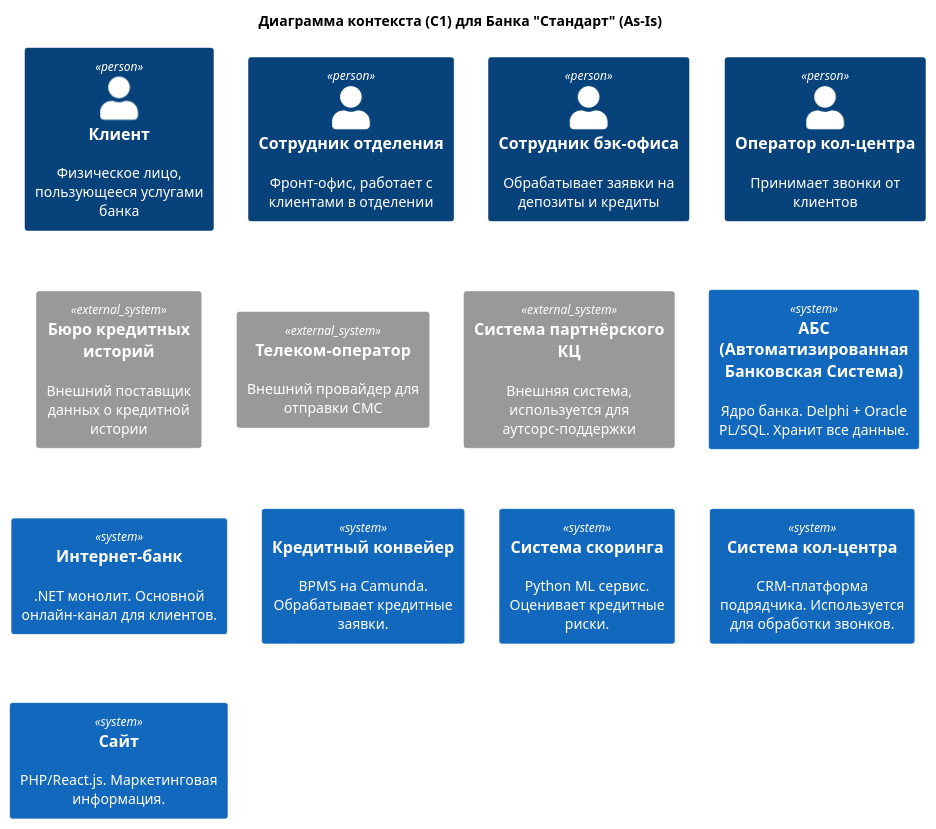
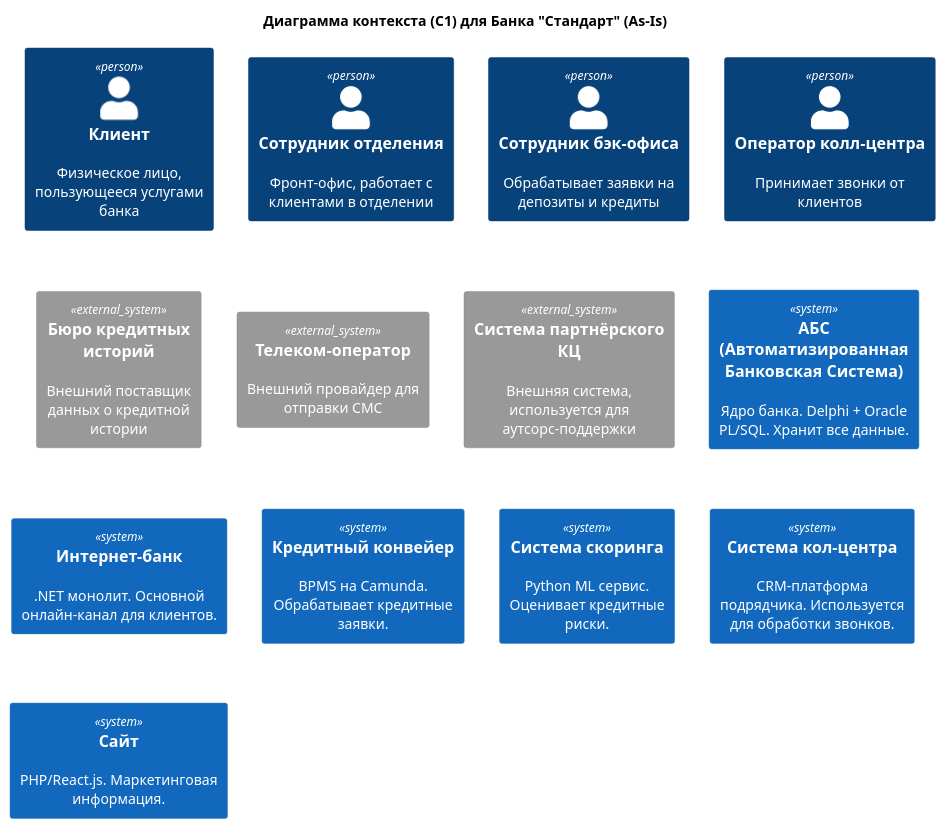
Before and after one commit to Manjago/architecture-pro-standart: the diagram in Task1/C1_Context_AsIs.puml, drawn with PlantUML.

Commit message:
мелочи

```diff
--- a/Task1/C1_Context_AsIs.puml
+++ b/Task1/C1_Context_AsIs.puml
@@ -1,37 +1,36 @@
 @startuml C1_Context_AsIs
 !include https://raw.githubusercontent.com/plantuml-stdlib/C4-PlantUML/master/C4_Context.puml
 
-' Заголовок диаграммы
 title Диаграмма контекста (C1) для Банка "Стандарт" (As-Is)
 
-' --- АКТОРЫ (ЛЮДИ) ---щ
+' --- АКТОРЫ (ЛЮДИ) ---
 Person(client, "Клиент", "Физическое лицо, пользующееся услугами банка")
 Person(branch_employee, "Сотрудник отделения", "Фронт-офис, работает с клиентами в отделении")
 Person(back_office_employee, "Сотрудник бэк-офиса", "Обрабатывает заявки на депозиты и кредиты")
-Person(call_center_agent, "Оператор кол-центра", "Принимает звонки от клиентов")
+Person(call_center_agent, "Оператор колл-центра", "Принимает звонки от клиентов")
 
 ' --- ВНЕШНИЕ СИСТЕМЫ ---
 System_Ext(credit_bureau, "Бюро кредитных историй", "Внешний поставщик данных о кредитной истории")
 System_Ext(telecom_operator, "Телеком-оператор", "Внешний провайдер для отправки СМС")
 System_Ext(partner_cc, "Система партнёрского КЦ", "Внешняя система, используется для аутсорс-поддержки")
 
-' --- НАШИ КЛЮЧЕВЫЕ IT-СИСТЕМЫ ---
+' --- КЛЮЧЕВЫЕ IT-СИСТЕМЫ ---
 System(abs, "АБС (Автоматизированная Банковская Система)", "Ядро банка. Delphi + Oracle PL/SQL. Хранит все данные.")
 System(ib, "Интернет-банк", ".NET монолит. Основной онлайн-канал для клиентов.")
 System(credit_conveyor, "Кредитный конвейер", "BPMS на Camunda. Обрабатывает кредитные заявки.")
 System(scoring_system, "Система скоринга", "Python ML сервис. Оценивает кредитные риски.")
 System(cc_system, "Система кол-центра", "CRM-платформа подрядчика. Используется для обработки звонков.")
 System(site, "Сайт", "PHP/React.js. Маркетинговая информация.")
 
 ' --- ВЗАИМОДЕЙСТВИЯ (Rel) ---
 '
 '
 ' Пример:
 ' Rel(client, ib, "Управляет счетами и проводит платежи", "HTTPS")
 ' Rel(branch_employee, abs, "Заводит заявки, проводит операции")
 ' Rel(credit_conveyor, scoring_system, "Запрашивает скоринговый балл", "REST API")
-' Rel(ib, abs, "Читает/пишет данные о счетах", "ПРЯМОЙ ДОСТУП К БД") <-- Не забудь подсветить этот главный антипаттерн!
+' Rel(ib, abs, "Читает/пишет данные о счетах", "ПРЯМОЙ ДОСТУП К БД") <-- главный антипаттерн!
 
 '
 
 @enduml
```
